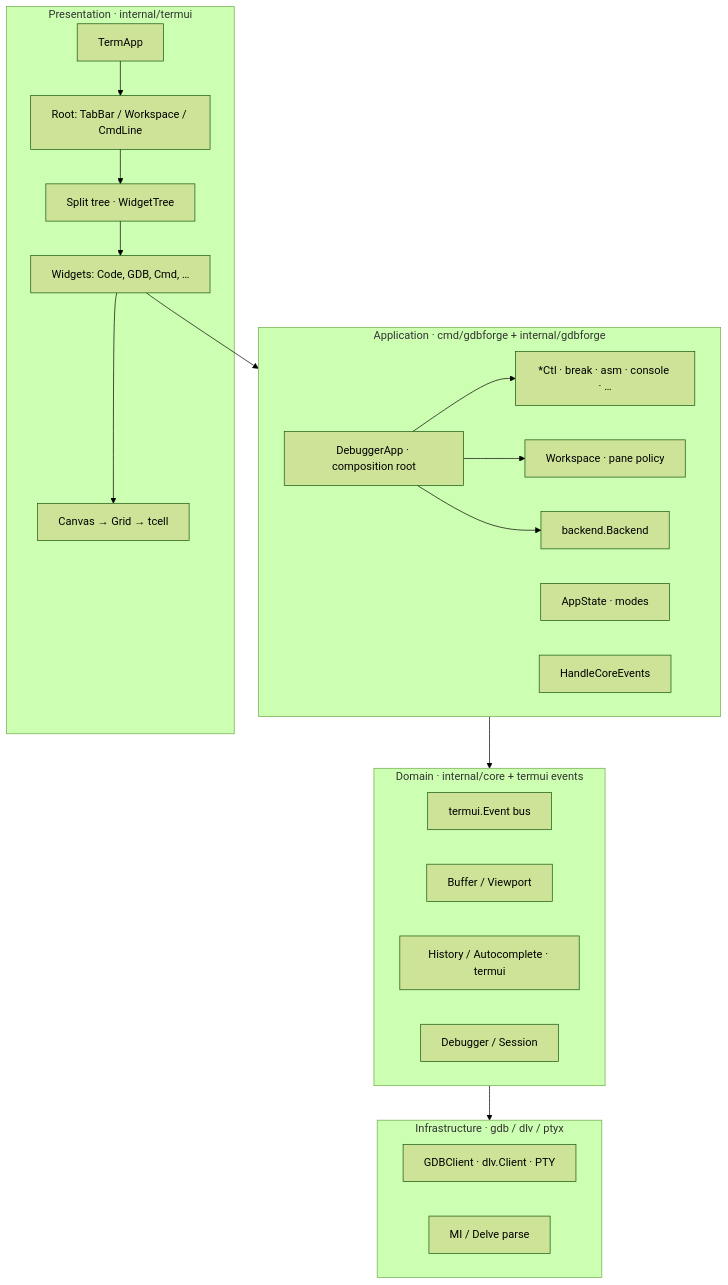
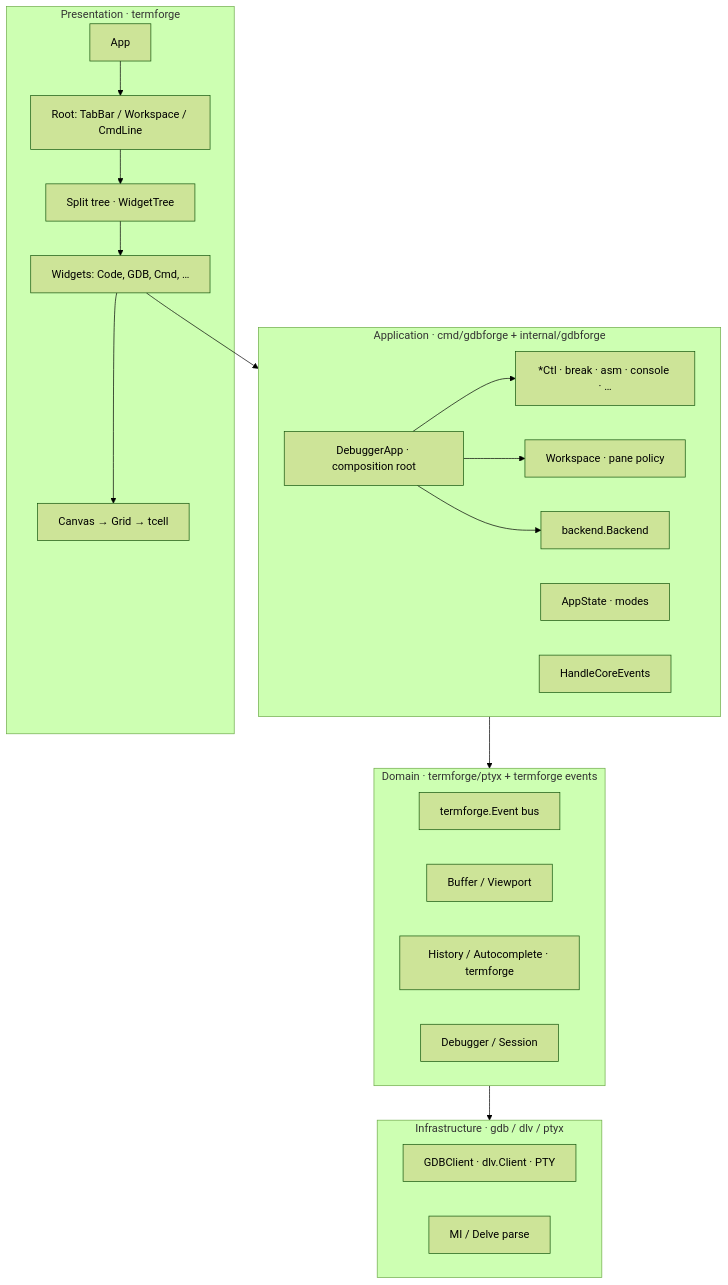
The fifth of 11 diagrams in docs/ARCHITECTURE.md (yairgd/gdbforge), drawn with Mermaid (forest theme) before and after one commit. The commit also changed other lines of this file and 267 other files, not shown here.

````diff
--- a/docs/ARCHITECTURE.md
+++ b/docs/ARCHITECTURE.md
@@ -614,39 +614,39 @@
 ```mermaid
 flowchart TB
-    subgraph Presentation["Presentation · internal/termui"]
-        TermApp["TermApp"]
+    subgraph Presentation["Presentation · termforge"]
+        App["App"]
         RootLayout["Root: TabBar / Workspace / CmdLine"]
         SplitTree["Split tree · WidgetTree"]
         Widgets["Widgets: Code, GDB, Cmd, …"]
         Render["Canvas → Grid → tcell"]
     end
 
     subgraph Application["Application · cmd/gdbforge + internal/gdbforge"]
         DebuggerApp["DebuggerApp · composition root"]
         Ctls["*Ctl · break · asm · console · …"]
         WS["Workspace · pane policy"]
         BE["backend.Backend"]
         AppState["AppState · modes"]
         HandleCore["HandleCoreEvents"]
     end
 
-    subgraph Domain["Domain · internal/core + termui events"]
-        Events["termui.Event bus"]
+    subgraph Domain["Domain · termforge/ptyx + termforge events"]
+        Events["termforge.Event bus"]
         Buffer["Buffer / Viewport"]
-        History["History / Autocomplete · termui"]
+        History["History / Autocomplete · termforge"]
         DebuggerIF["Debugger / Session"]
     end
 
     subgraph Infrastructure["Infrastructure · gdb / dlv / ptyx"]
         Client["GDBClient · dlv.Client · PTY"]
         MI["MI / Delve parse"]
     end
 
-    TermApp --> RootLayout --> SplitTree --> Widgets --> Render
+    App --> RootLayout --> SplitTree --> Widgets --> Render
     Widgets --> Application
     DebuggerApp --> Ctls
     DebuggerApp --> WS
     DebuggerApp --> BE
     Application --> Domain
     Domain --> Infrastructure
 ```
````
